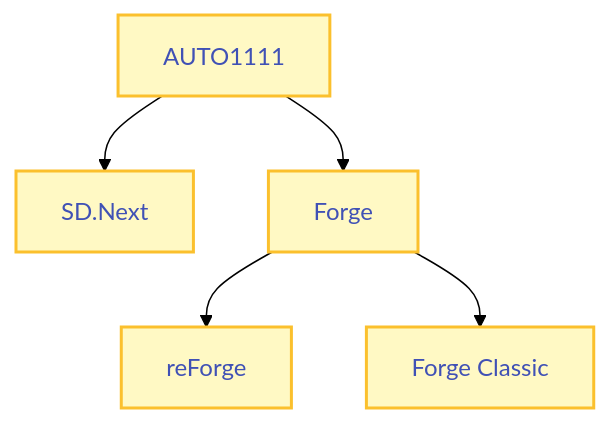
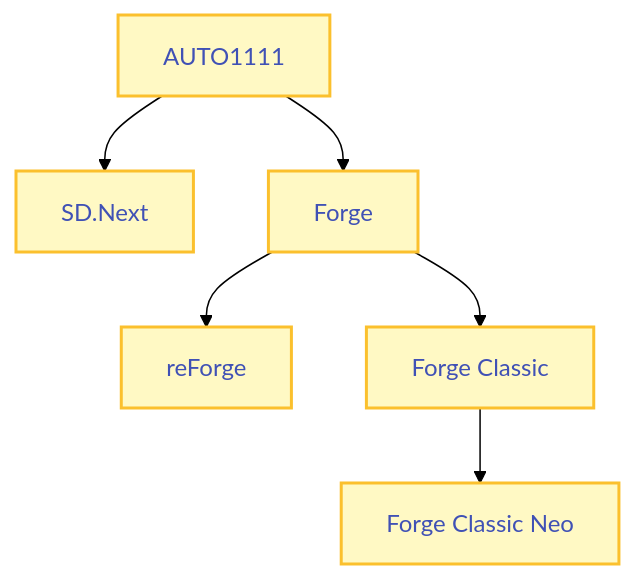
The second of 2 diagrams in docs/nai/interfaces.md (2ch-ai/wiki), drawn with Mermaid (forest theme) before and after one commit. The commit also changed other lines of this file, not shown here.

Commit message:
added info about ForgeClassicNeo

````diff
--- a/docs/nai/interfaces.md
+++ b/docs/nai/interfaces.md
@@ -96,20 +96,22 @@
 ``` mermaid
 flowchart TD
 
 %% Nodes
 AUTO1111 --> SD.Next
 AUTO1111 --> Forge
 Forge --> reForge
 Forge --> ForgeClassic["Forge Classic"]
+ForgeClassic --> ForgeClassicNeo["Forge Classic Neo"]
 
 %% Clickable links
 click AUTO1111 "https://github.com/AUTOMATIC1111/stable-diffusion-webui"
 click SD.Next "https://github.com/vladmandic/sdnext"
 click Forge "https://github.com/lllyasviel/stable-diffusion-webui-forge"
 click reForge "https://github.com/Panchovix/stable-diffusion-webui-reForge"
 click ForgeClassic "https://github.com/Haoming02/sd-webui-forge-classic"
+click ForgeClassicNeo "https://github.com/Haoming02/sd-webui-forge-classic/tree/neo"
 
 %% Styling
 classDef link fill:#FFF9C4,stroke:#FBC02D,stroke-width:2px,color:#4051b5;
-class AUTO1111,SD.Next,Forge,reForge,ForgeClassic link;
+class AUTO1111,SD.Next,Forge,reForge,ForgeClassic,ForgeClassicNeo link;
 ```
````
